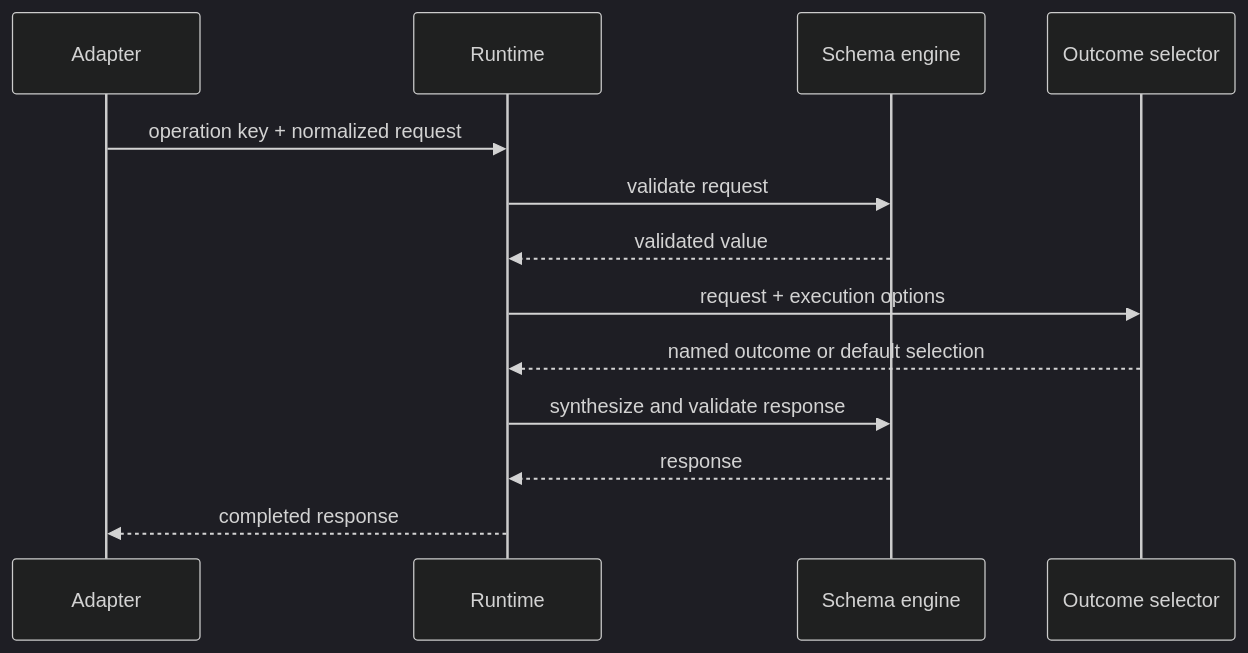
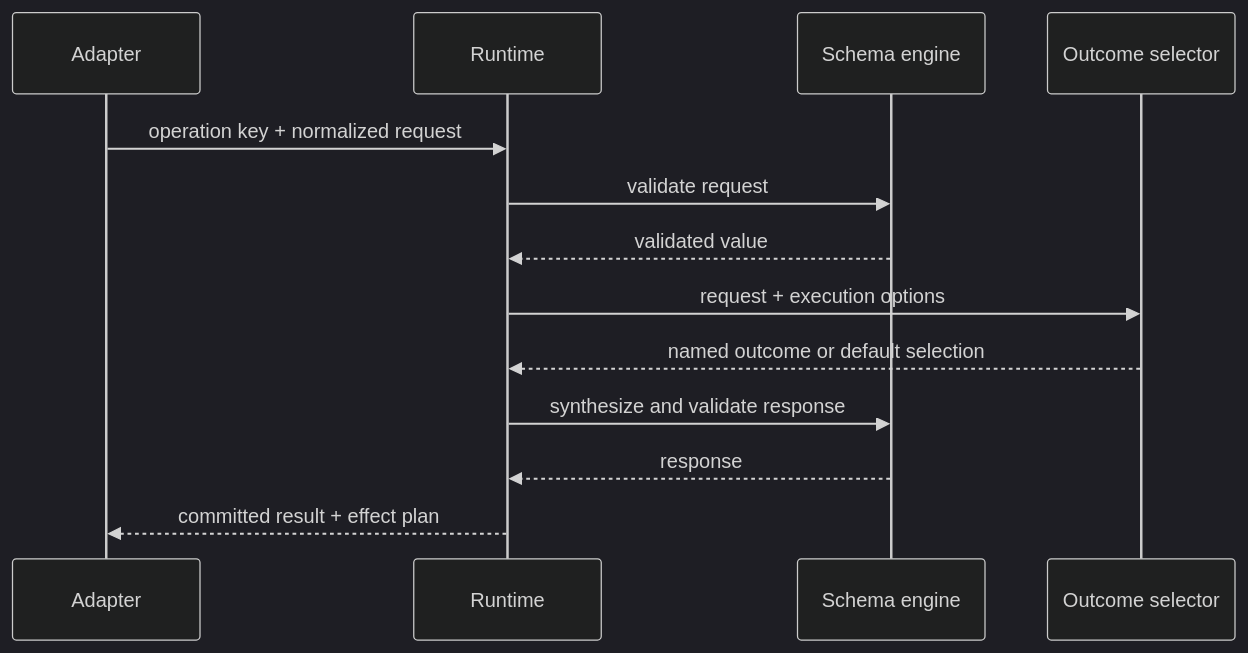
The diagram in docs/operation-execution.md (inttegro/simile), drawn with Mermaid (dark theme) before and after one commit. The commit also changed other lines of this file and 26 other files, not shown here.

````diff
--- a/docs/operation-execution.md
+++ b/docs/operation-execution.md
@@ -41,15 +43,15 @@
 ```mermaid
 sequenceDiagram
   participant A as Adapter
   participant R as Runtime
   participant S as Schema engine
   participant O as Outcome selector
   A->>R: operation key + normalized request
   R->>S: validate request
   S-->>R: validated value
   R->>O: request + execution options
   O-->>R: named outcome or default selection
   R->>S: synthesize and validate response
   S-->>R: response
-  R-->>A: completed response
+  R-->>A: committed result + effect plan
 ```
````
